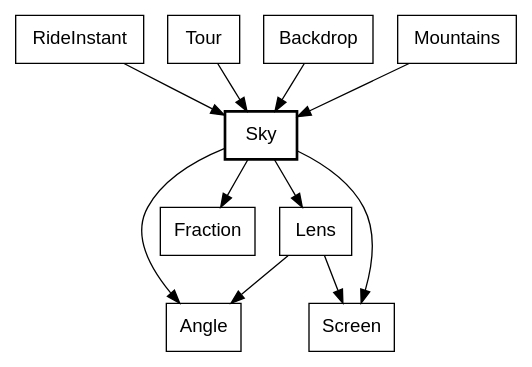
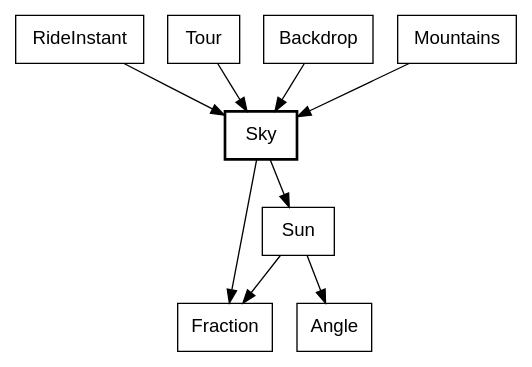
One commit to showell/roc-apps changed the fifth of 29 diagrams in canvas_apps/safari/tutorial/tutorial.md. Above: the diagram before and after it, drawn with Graphviz. The commit also changed other lines of this file and 11 other files, not shown here.

First line of the commit message:
Sun moves out of Sky: the sun is the cause, and the sky is one of its effects

````diff
--- a/canvas_apps/safari/tutorial/tutorial.md
+++ b/canvas_apps/safari/tutorial/tutorial.md
@@ -392,16 +392,14 @@
 ```dot
 digraph sky {
   node [shape=box, fontname="Helvetica"];
   Sky [style=bold];
   RideInstant -> Sky;
   Tour -> Sky;
   Backdrop -> Sky;
   Mountains -> Sky;
-  Sky -> Angle;
+  Sky -> Sun;
   Sky -> Fraction;
-  Sky -> Lens;
-  Sky -> Screen;
-  Lens -> Angle;
-  Lens -> Screen;
+  Sun -> Fraction;
+  Sun -> Angle;
 }
 ```
````
